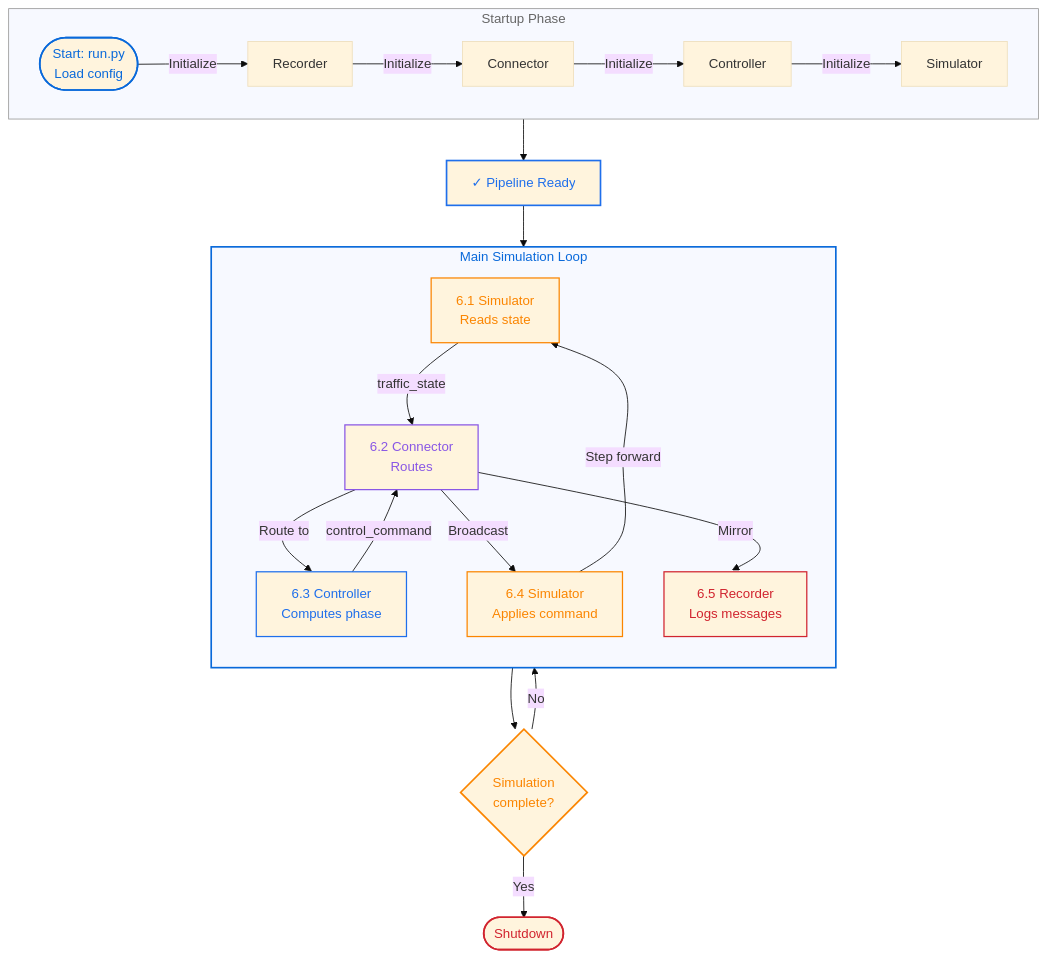
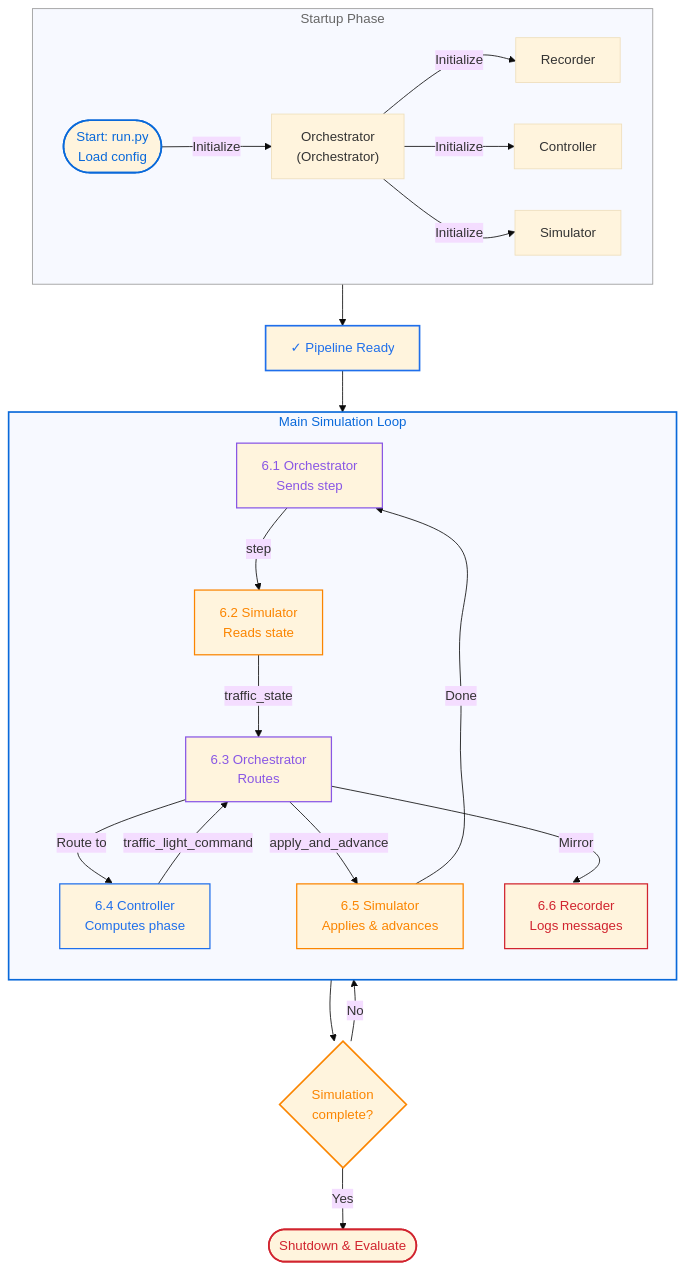
One commit to ivt-baug-ethz/fedora_platform changed the second of 2 diagrams in README.md. Above: the diagram before and after it, drawn with Mermaid. The commit also changed other lines of this file and 29 other files, not shown here.

Commit message:
enhance: restructure information flows centered around orchestrator (#9)

````diff
--- a/README.md
+++ b/README.md
@@ -170,50 +171,53 @@
 ```mermaid
 %%{init: {'flowchart': {'curve': 'natural'}, 'theme': 'base'}}%%
 graph TB
     Start(["Start: run.py<br/>Load config"])
 
     subgraph startup["Startup Phase"]
         direction LR
-        Start -->|Initialize| Rec["Recorder"]
-        Rec -->|Initialize| Con["Connector"]
+        Start -->|Initialize| Con["Orchestrator<br/>(Orchestrator)"]
+        Con -->|Initialize| Rec["Recorder"]
         Con -->|Initialize| Ctrl["Controller"]
-        Ctrl -->|Initialize| Sim["Simulator"]
+        Con -->|Initialize| Sim["Simulator"]
     end
 
     startup --> Ready["✓ Pipeline Ready"]
 
     subgraph loop["Main Simulation Loop"]
         direction TB
-        Sim1["6.1 Simulator<br/>Reads state"]
-        Con1["6.2 Connector<br/>Routes"]
-        Ctrl1["6.3 Controller<br/>Computes phase"]
-        Sim2["6.4 Simulator<br/>Applies command"]
-        Rec1["6.5 Recorder<br/>Logs messages"]
+        Con0["6.1 Orchestrator<br/>Sends step"]
+        Sim1["6.2 Simulator<br/>Reads state"]
+        Con1["6.3 Orchestrator<br/>Routes"]
+        Ctrl1["6.4 Controller<br/>Computes phase"]
+        Sim2["6.5 Simulator<br/>Applies & advances"]
+        Rec1["6.6 Recorder<br/>Logs messages"]
 
+        Con0 -->|step| Sim1
         Sim1 -->|traffic_state| Con1
         Con1 -->|Route to| Ctrl1
-        Ctrl1 -->|control_command| Con1
-        Con1 -->|Broadcast| Sim2
+        Ctrl1 -->|traffic_light_command| Con1
+        Con1 -->|apply_and_advance| Sim2
         Con1 -->|Mirror| Rec1
-        Sim2 -->|Step forward| Sim1
+        Sim2 -->|Done| Con0
     end
 
     Ready --> loop
     Sim2 --> Check{Simulation<br/>complete?}
 
-    Check -->|No| Sim1
-    Check -->|Yes| End(["Shutdown"])
+    Check -->|No| Con0
+    Check -->|Yes| End(["Shutdown & Evaluate"])
 
     %% Styling: no fill, colors adapt to theme
     style Start stroke:#0969da,stroke-width:2px,color:#0969da
     style Ready stroke:#1f6feb,stroke-width:2px,color:#1f6feb
+    style Con0 stroke:#8957e5,stroke-width:1.5px,color:#8957e5
     style Sim1 stroke:#fb8500,stroke-width:1.5px,color:#fb8500
     style Sim2 stroke:#fb8500,stroke-width:1.5px,color:#fb8500
     style Con1 stroke:#8957e5,stroke-width:1.5px,color:#8957e5
     style Ctrl1 stroke:#1f6feb,stroke-width:1.5px,color:#1f6feb
     style Rec1 stroke:#d1242f,stroke-width:1.5px,color:#d1242f
     style Check stroke:#fb8500,stroke-width:2px,color:#fb8500
     style End stroke:#d1242f,stroke-width:2px,color:#d1242f
     style startup stroke:#999,stroke-width:1px,color:#666
     style loop stroke:#0969da,stroke-width:2px,color:#0969da
 ```
````
